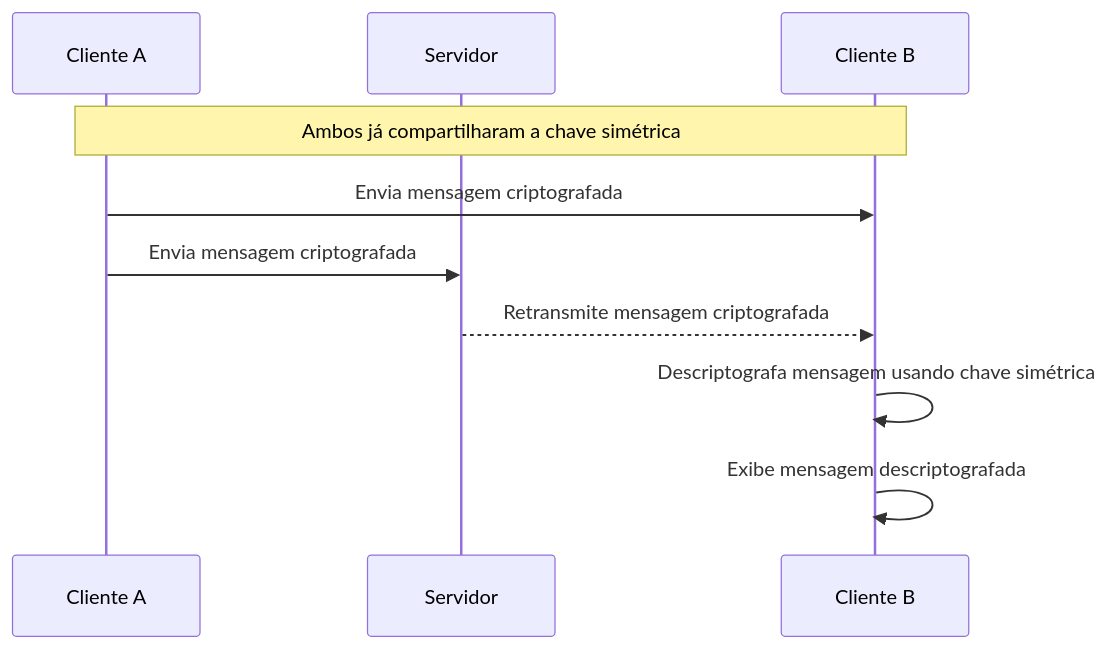
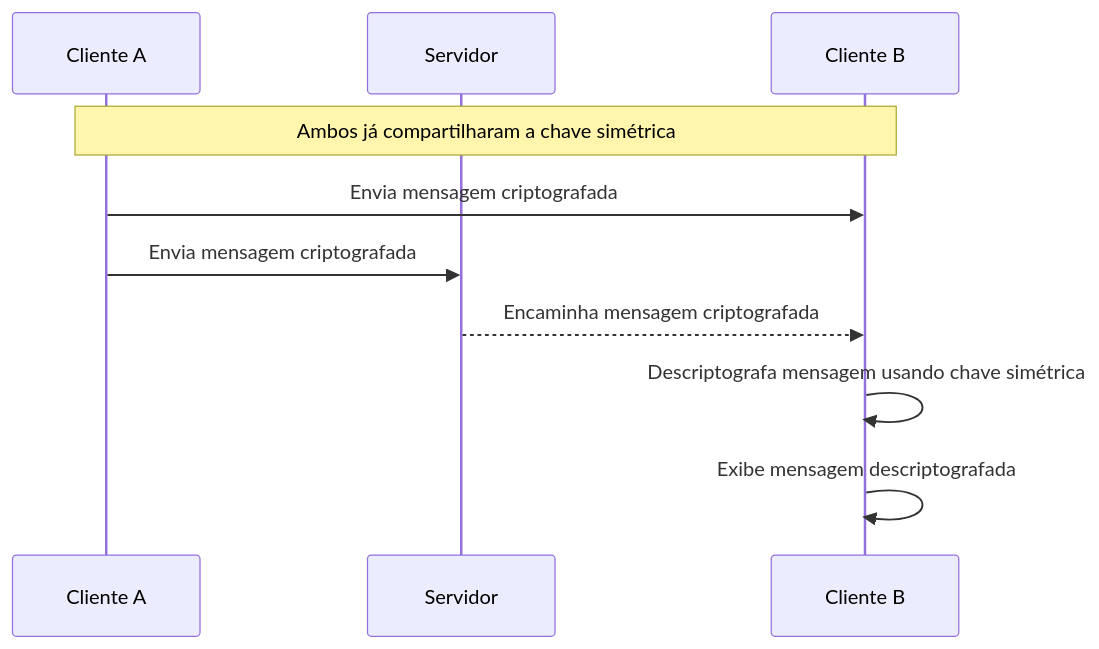
Before and after one commit to confy-security/app: the second of 4 diagrams in docs/communication.md, drawn with Mermaid. The commit also changed other lines of this file, not shown here.

````diff
--- a/docs/communication.md
+++ b/docs/communication.md
@@ -194,12 +194,12 @@
 ```mermaid
 sequenceDiagram
     participant Cliente A
     participant Servidor
     participant Cliente B   
     Note over Cliente A, Cliente B: Ambos já compartilharam a chave simétrica
     Cliente A->>Cliente B: Envia mensagem criptografada
     Cliente A->>Servidor: Envia mensagem criptografada
-    Servidor-->>Cliente B: Retransmite mensagem criptografada
+    Servidor-->>Cliente B: Encaminha mensagem criptografada
     Cliente B->>Cliente B: Descriptografa mensagem usando chave simétrica
     Cliente B->>Cliente B: Exibe mensagem descriptografada
 ```
````
